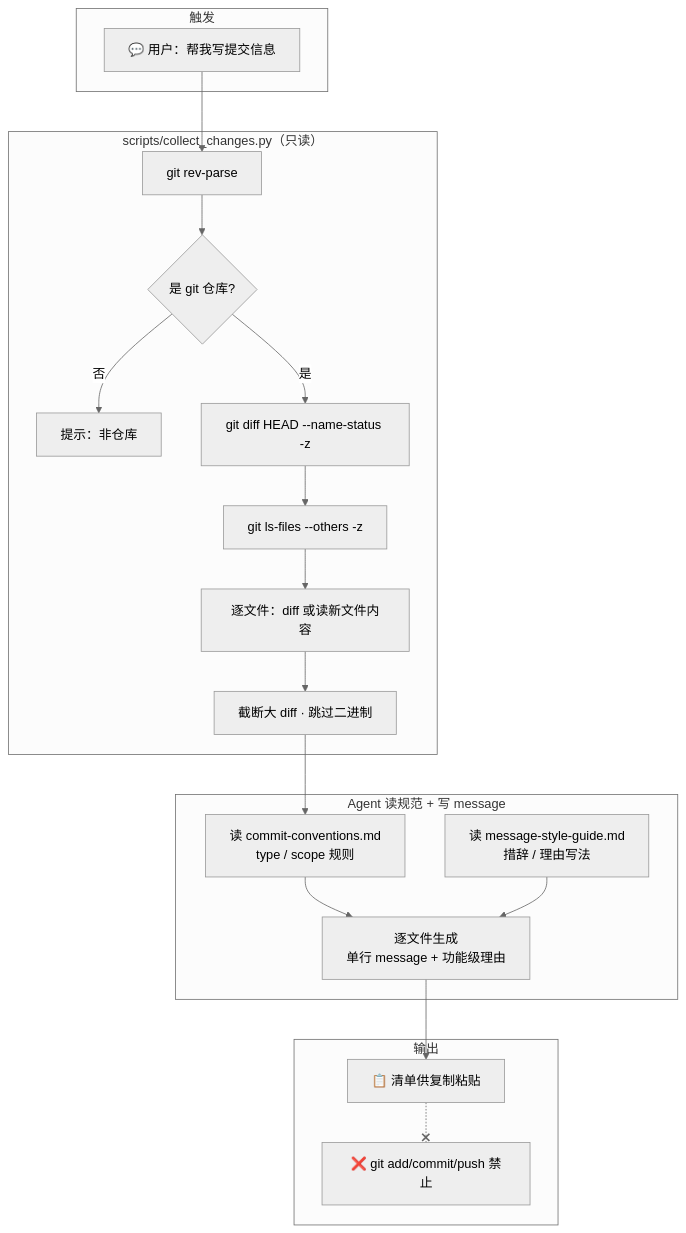
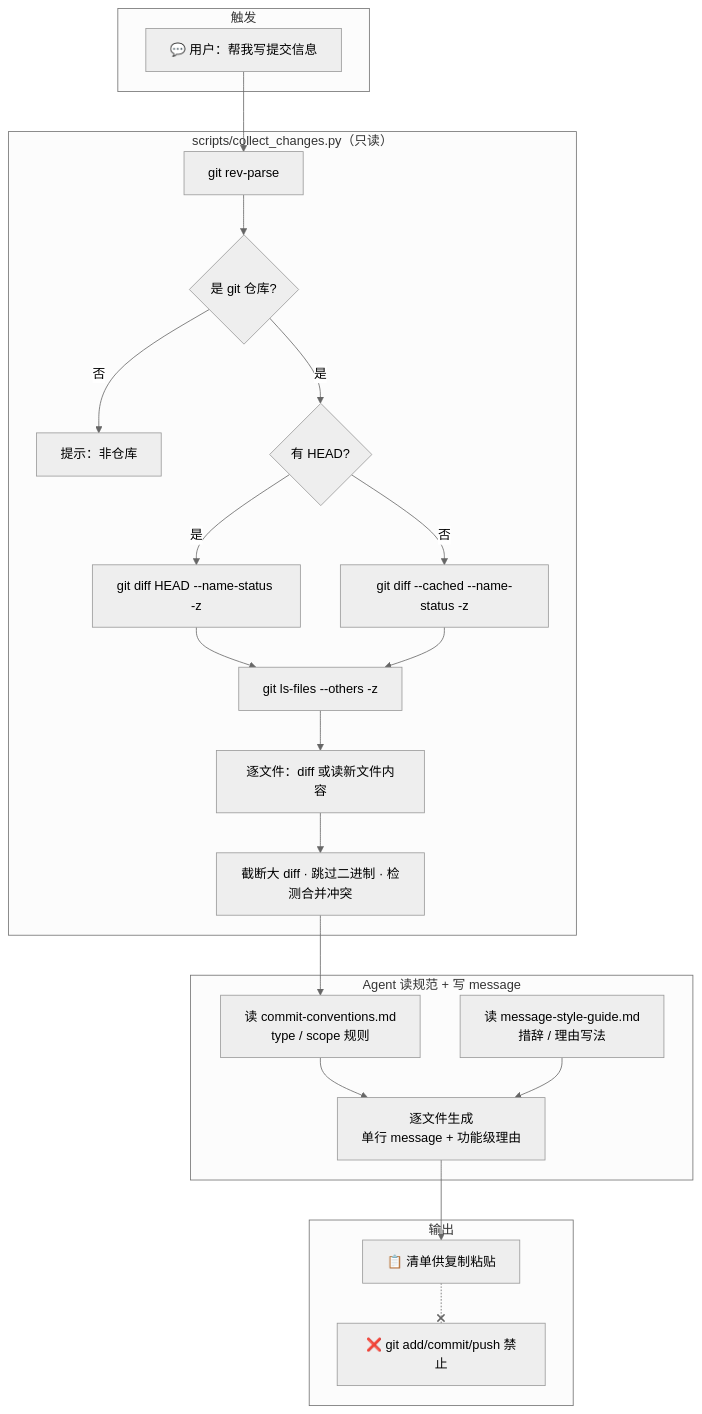
One commit to WeatherCore/Commit-Message-Assistant changed the diagram in README.md. Above: the diagram before and after it, drawn with Mermaid (neutral theme). The commit also changed other lines of this file, not shown here.

````diff
--- a/README.md
+++ b/README.md
@@ -27,31 +27,34 @@
 ```mermaid
 flowchart TB
     subgraph trigger["触发"]
         A["💬 用户：帮我写提交信息"]
     end
 
     subgraph collect["scripts/collect_changes.py（只读）"]
         B["git rev-parse"] --> C{"是 git 仓库?"}
         C -- 否 --> STOP["提示：非仓库"]
-        C -- 是 --> D["git diff HEAD --name-status -z"]
-        D --> E["git ls-files --others -z"]
-        E --> F["逐文件：diff 或读新文件内容"]
-        F --> G["截断大 diff · 跳过二进制"]
+        C -- 是 --> D{"有 HEAD?"}
+        D -- 是 --> E["git diff HEAD --name-status -z"]
+        D -- 否 --> E2["git diff --cached --name-status -z"]
+        E --> F["git ls-files --others -z"]
+        E2 --> F
+        F --> G["逐文件：diff 或读新文件内容"]
+        G --> H["截断大 diff · 跳过二进制 · 检测合并冲突"]
     end
 
     subgraph generate["Agent 读规范 + 写 message"]
-        H["读 commit-conventions.md<br/>type / scope 规则"]
-        I["读 message-style-guide.md<br/>措辞 / 理由写法"]
-        H & I --> J["逐文件生成<br/>单行 message + 功能级理由"]
+        I["读 commit-conventions.md<br/>type / scope 规则"]
+        J["读 message-style-guide.md<br/>措辞 / 理由写法"]
+        I & J --> K["逐文件生成<br/>单行 message + 功能级理由"]
     end
 
     subgraph output["输出"]
-        K["📋 清单供复制粘贴"]
-        L["❌ git add/commit/push 禁止"]
+        L["📋 清单供复制粘贴"]
+        M["❌ git add/commit/push 禁止"]
     end
 
     A --> B
-    G --> H
-    J --> K
-    K -.-x L
+    H --> I
+    K --> L
+    L -.-x M
 ```
````
